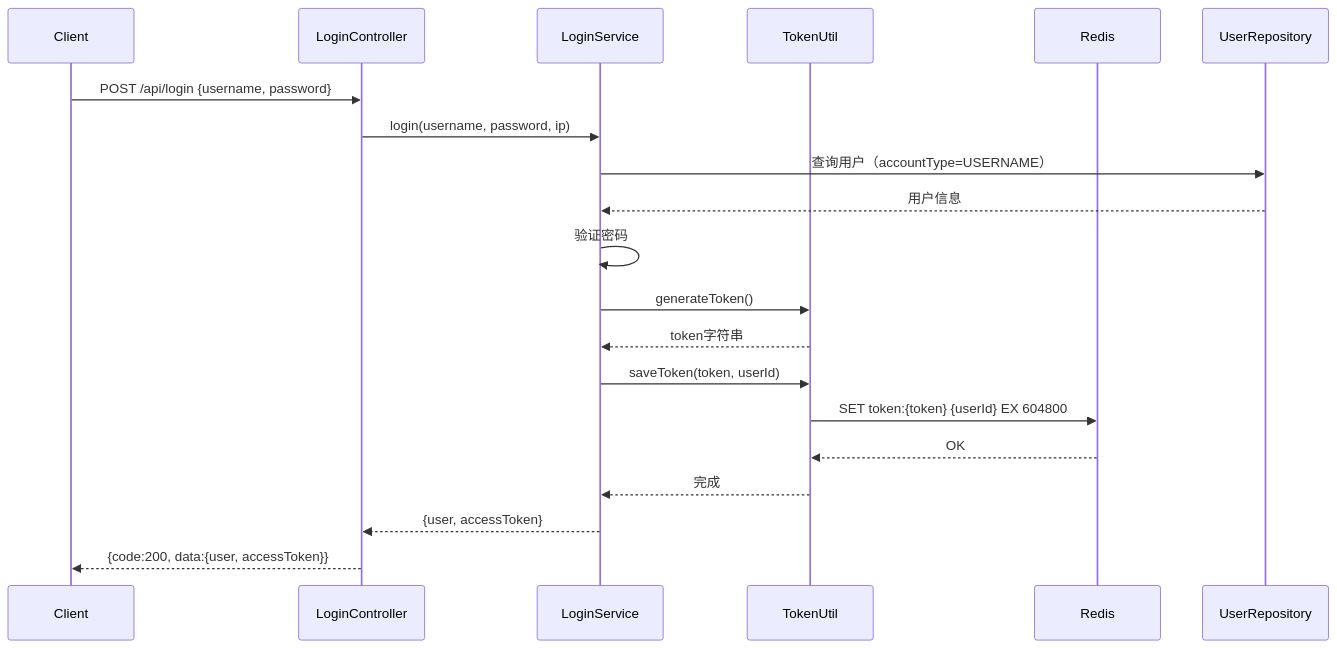
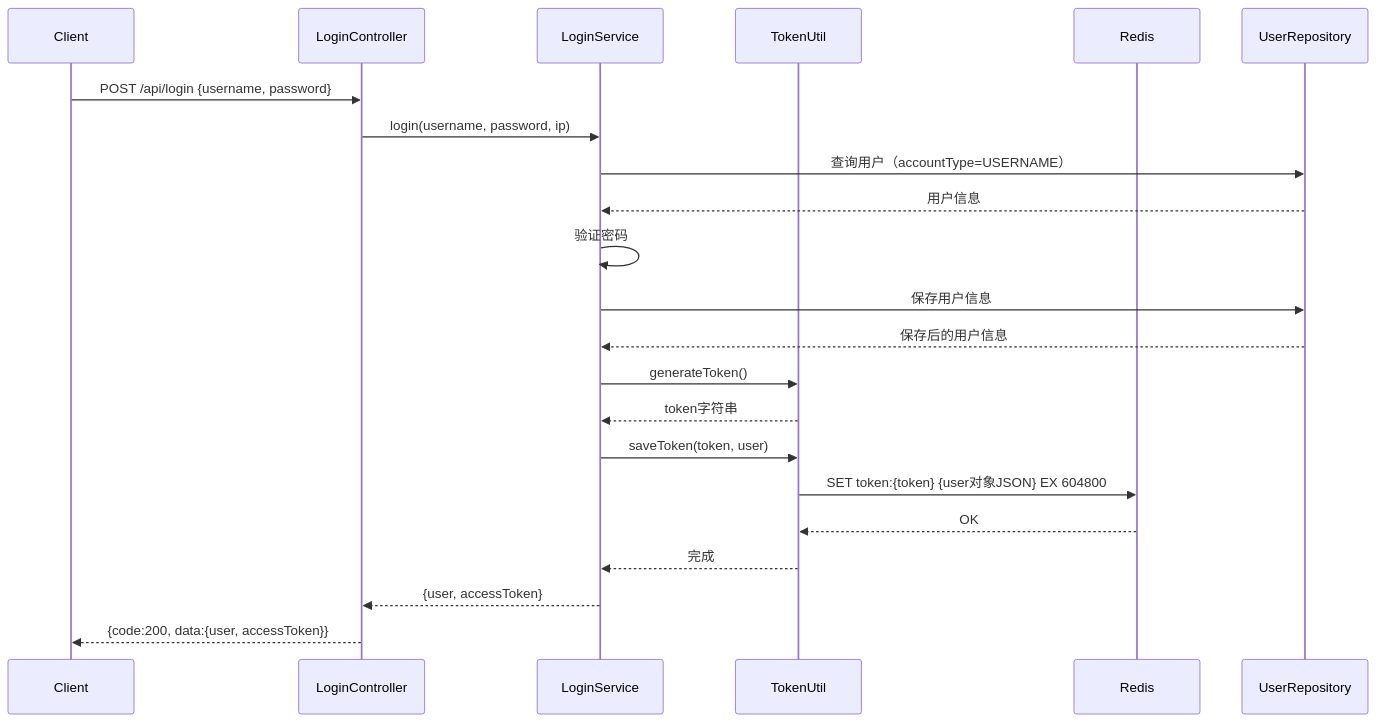
Before and after one commit to ImSetal121/CharnoAdmin: the first of 2 diagrams in prompt/身份验证设计.md, drawn with Mermaid. The commit also changed other lines of this file and 7 other files, not shown here.

````diff
--- a/prompt/身份验证设计.md
+++ b/prompt/身份验证设计.md
@@ -193,23 +218,25 @@
 ```mermaid
 sequenceDiagram
     participant Client
     participant LoginController
     participant LoginService
     participant TokenUtil
     participant Redis
     participant UserRepository
 
     Client->>LoginController: POST /api/login {username, password}
     LoginController->>LoginService: login(username, password, ip)
     LoginService->>UserRepository: 查询用户（accountType=USERNAME）
     UserRepository-->>LoginService: 用户信息
     LoginService->>LoginService: 验证密码
+    LoginService->>UserRepository: 保存用户信息
+    UserRepository-->>LoginService: 保存后的用户信息
     LoginService->>TokenUtil: generateToken()
     TokenUtil-->>LoginService: token字符串
-    LoginService->>TokenUtil: saveToken(token, userId)
-    TokenUtil->>Redis: SET token:{token} {userId} EX 604800
+    LoginService->>TokenUtil: saveToken(token, user)
+    TokenUtil->>Redis: SET token:{token} {user对象JSON} EX 604800
     Redis-->>TokenUtil: OK
     TokenUtil-->>LoginService: 完成
     LoginService-->>LoginController: {user, accessToken}
     LoginController-->>Client: {code:200, data:{user, accessToken}}
 ```
````
